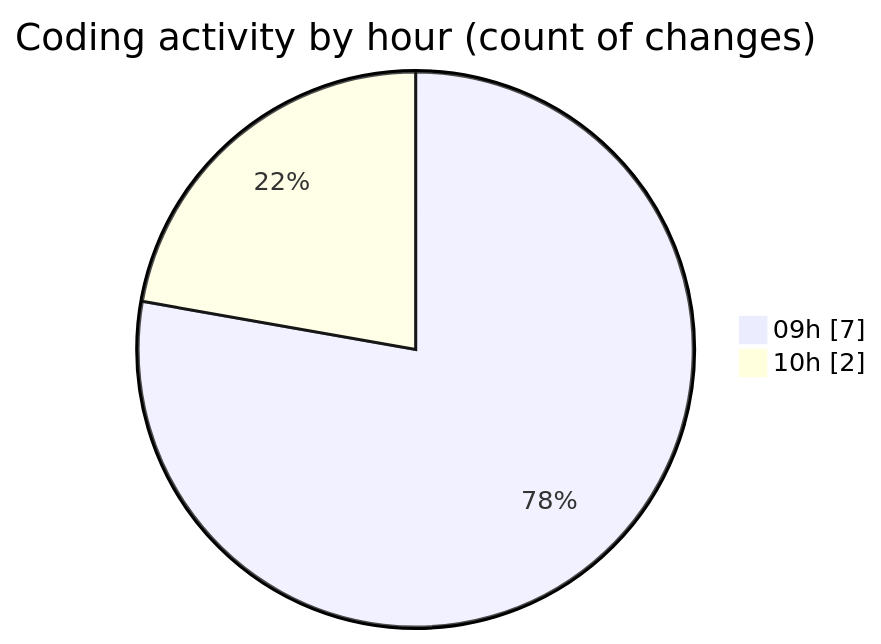
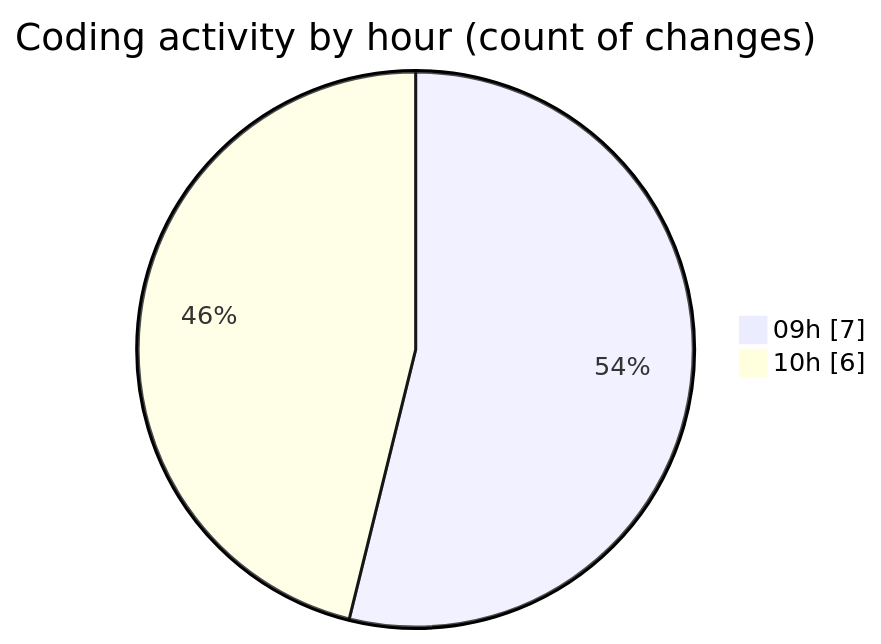
The second of 2 diagrams in 2025-11-03/cda/README.md (momahboobian/code-tracking), drawn with Mermaid before and after one commit. The commit also changed other lines of this file and 1 other file, not shown here.

````diff
--- a/2025-11-03/cda/README.md
+++ b/2025-11-03/cda/README.md
@@ -30,6 +32,6 @@
 ```mermaid
 pie showData
 title Coding activity by hour (count of changes)
 "09h" : 7
-"10h" : 2
+"10h" : 6
 ```
````
